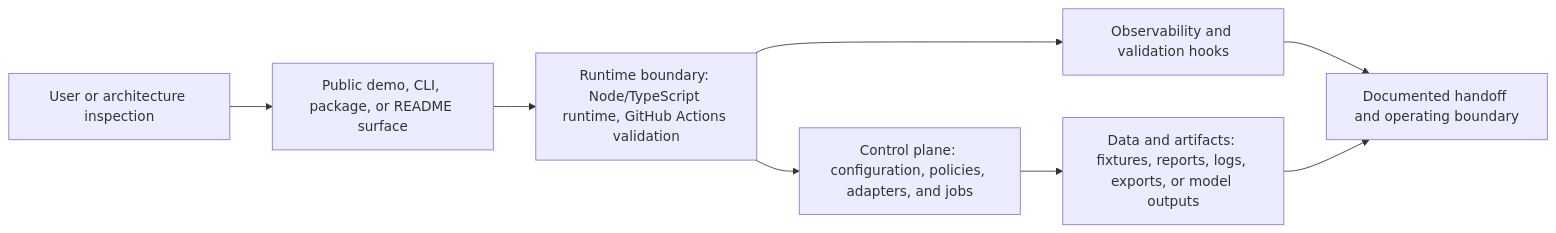
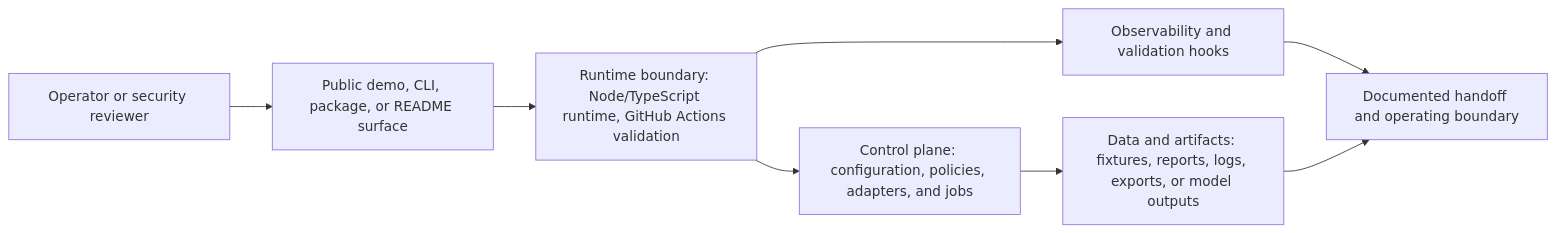
One commit to KIM3310/security-threat-response-workbench changed the diagram in docs/system-architecture.md. Above: the diagram before and after it, drawn with Mermaid. The commit also changed other lines of this file and 19 other files, not shown here.

Commit message:
docs: refine threat response architecture

````diff
--- a/docs/system-architecture.md
+++ b/docs/system-architecture.md
@@ -18,10 +18,10 @@
 ```mermaid
 flowchart LR
-    User["User or architecture inspection"] --> Surface["Public demo, CLI, package, or README surface"]
+    User["Operator or security reviewer"] --> Surface["Public demo, CLI, package, or README surface"]
     Surface --> Runtime["Runtime boundary: Node/TypeScript runtime, GitHub Actions validation"]
     Runtime --> Control["Control plane: configuration, policies, adapters, and jobs"]
     Control --> Data["Data and artifacts: fixtures, reports, logs, exports, or model outputs"]
     Runtime --> Observability["Observability and validation hooks"]
     Observability --> Handoff["Documented handoff and operating boundary"]
     Data --> Handoff
 ```
````
